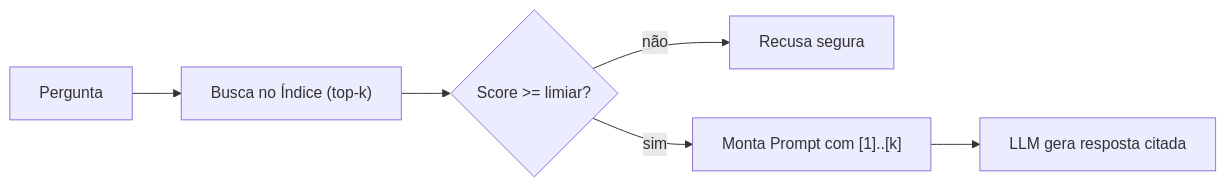
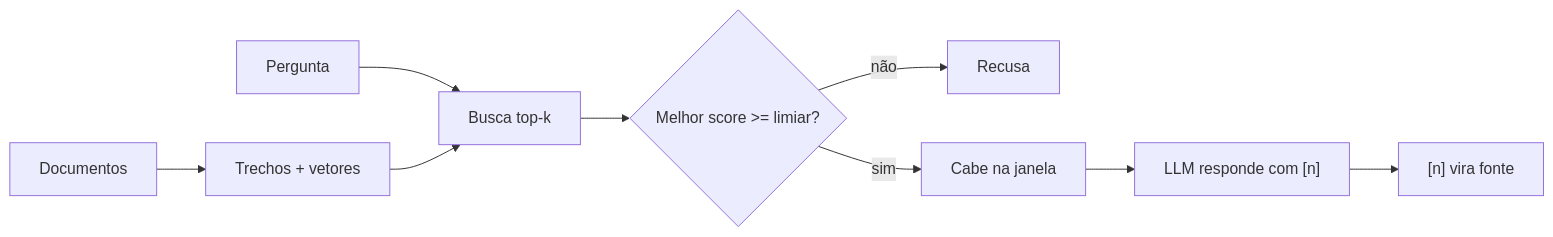
Before and after one commit to Lip3Bazinga/v0-level-usp-project: the diagram in content/cursos/n7-engenharia-de-ia/04-rag/01-pipeline-rag-completo.lvl.md, drawn with Mermaid. The commit also changed other lines of this file and 3 other files, not shown here.

````diff
--- a/content/cursos/n7-engenharia-de-ia/04-rag/01-pipeline-rag-completo.lvl.md
+++ b/content/cursos/n7-engenharia-de-ia/04-rag/01-pipeline-rag-completo.lvl.md
@@ -25,8 +27,11 @@
 ```mermaid
 flowchart LR
-    P["Pergunta"] --> B["Busca no Índice (top-k)"]
-    B --> L{"Score >= limiar?"}
-    L -- "não" --> R["Recusa segura"]
-    L -- "sim" --> M["Monta Prompt com [1]..[k]"]
-    M --> G["LLM gera resposta citada"]
+    D["Documentos"] --> I["Trechos + vetores"]
+    P["Pergunta"] --> B["Busca top-k"]
+    I --> B
+    B --> L{"Melhor score >= limiar?"}
+    L -- "não" --> R["Recusa"]
+    L -- "sim" --> J["Cabe na janela"]
+    J --> G["LLM responde com [n]"]
+    G --> F["[n] vira fonte"]
 ```
````
